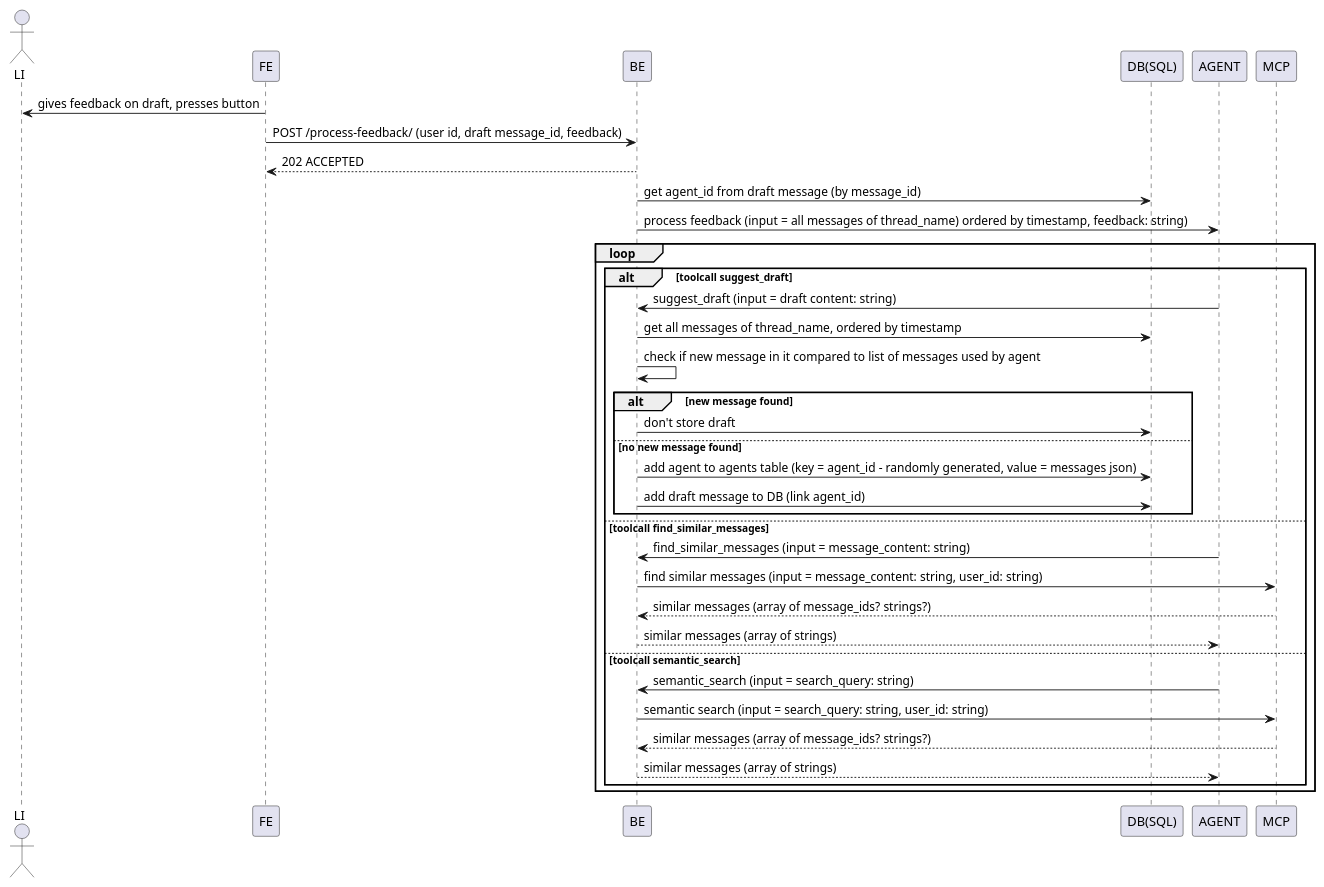
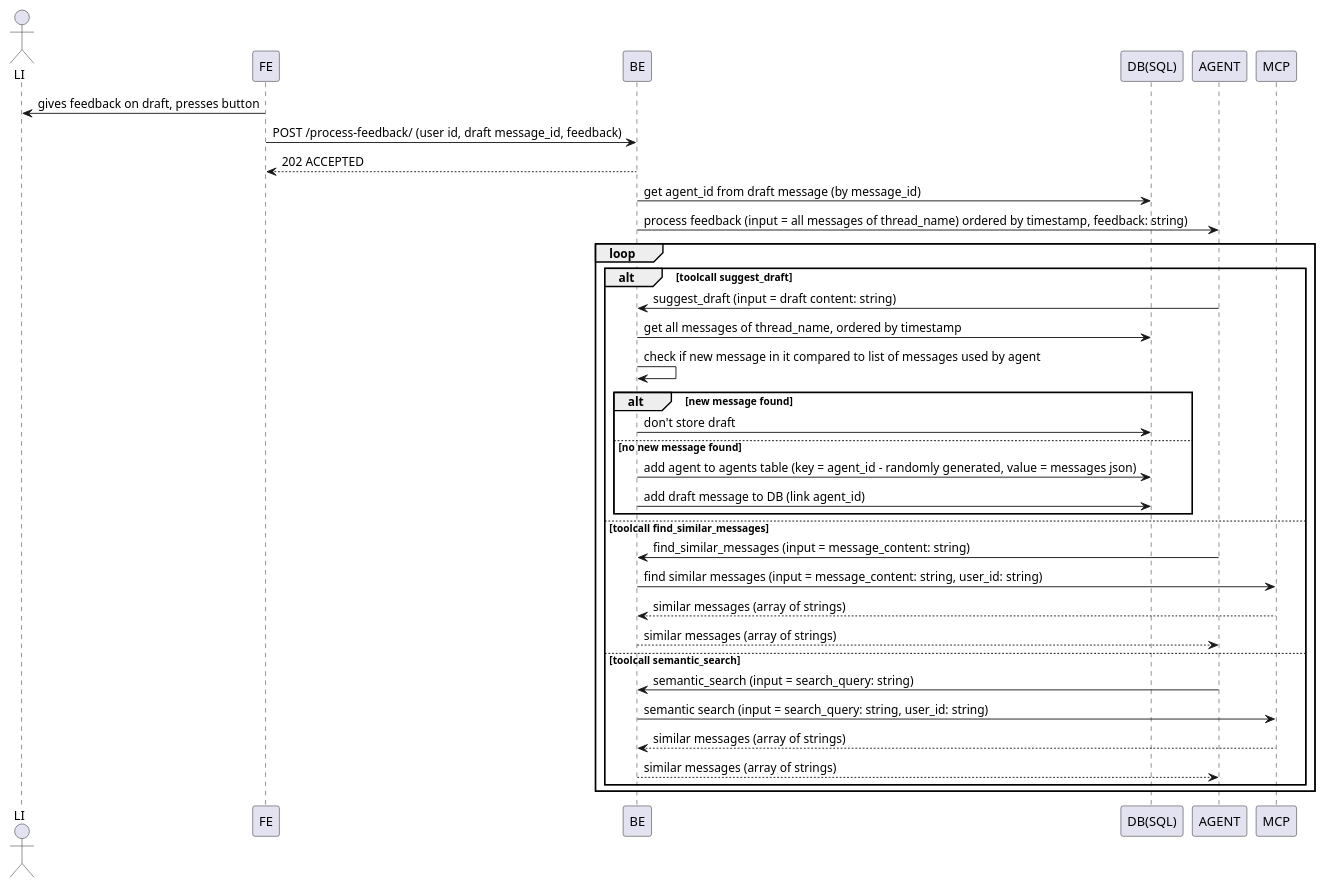
Before and after one commit to Itempass/mcphackathon-linkedin-intern: the diagram in UML_diagrams/user_feedback_sequence_diagram.puml, drawn with PlantUML. The commit also changed 1 other file, not shown here.

```diff
--- a/UML_diagrams/user_feedback_sequence_diagram.puml
+++ b/UML_diagrams/user_feedback_sequence_diagram.puml
@@ -1,37 +1,37 @@
 @startuml
 actor LI
 participant FE
 participant BE
 participant DB as "DB(SQL)"
 participant AGENT
 participant MCP
 
 LI <- FE: gives feedback on draft, presses button
 FE -> BE: POST /process-feedback/ (user id, draft message_id, feedback)
 BE --> FE: 202 ACCEPTED
 BE -> DB: get agent_id from draft message (by message_id)
 BE -> AGENT: process feedback (input = all messages of thread_name) ordered by timestamp, feedback: string)
 loop 
     alt toolcall suggest_draft
         AGENT -> BE: suggest_draft (input = draft content: string)
         BE -> DB: get all messages of thread_name, ordered by timestamp
         BE -> BE: check if new message in it compared to list of messages used by agent
         alt new message found
             BE -> DB: don't store draft
         else no new message found
             BE -> DB: add agent to agents table (key = agent_id - randomly generated, value = messages json)
             BE -> DB: add draft message to DB (link agent_id)
         end
     else toolcall find_similar_messages
         AGENT -> BE: find_similar_messages (input = message_content: string)
         BE -> MCP: find similar messages (input = message_content: string, user_id: string)
-        MCP --> BE: similar messages (array of message_ids? strings?)
+        MCP --> BE: similar messages (array of strings)
         BE --> AGENT: similar messages (array of strings)
     else toolcall semantic_search
         AGENT -> BE: semantic_search (input = search_query: string)
         BE -> MCP: semantic search (input = search_query: string, user_id: string)
-        MCP --> BE: similar messages (array of message_ids? strings?)
+        MCP --> BE: similar messages (array of strings)
         BE --> AGENT: similar messages (array of strings)
     end
 end
 @enduml
```
